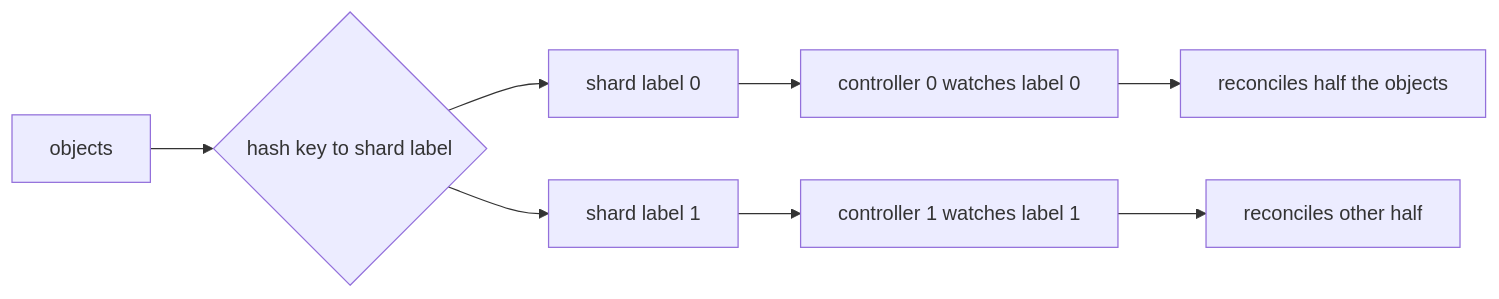
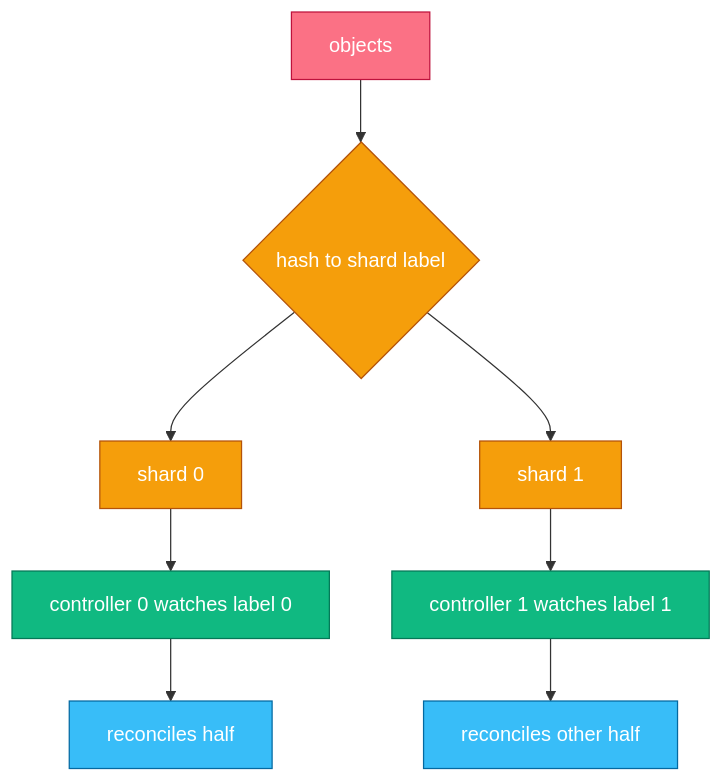
Before and after one commit to sanketsudake/k8s-worksheet: the first of 4 diagrams in chapters/ch10.md, drawn with Mermaid. The commit also changed other lines of this file, not shown here.

Commit message:
ch10: bring diagrams within the print-size gate
Shortened labels and message text, applied the semantic palette to
flowcharts, and added autonumber to sequence diagrams. Participants,
nodes and edges are unchanged.

````diff
--- a/chapters/ch10.md
+++ b/chapters/ch10.md
@@ -30,10 +30,20 @@
 ```mermaid
-flowchart LR
-  O[objects] --> H{hash key to shard label}
-  H --> S0[shard label 0]
-  H --> S1[shard label 1]
+flowchart TD
+  O[objects] --> H{hash to shard label}
+  H --> S0[shard 0]
+  H --> S1[shard 1]
   S0 --> C0[controller 0 watches label 0]
   S1 --> C1[controller 1 watches label 1]
-  C0 --> R0[reconciles half the objects]
+  C0 --> R0[reconciles half]
   C1 --> R1[reconciles other half]
+
+  classDef resource fill:#fb7185,stroke:#be123c,color:#fff
+  classDef process fill:#38bdf8,stroke:#0369a1,color:#fff
+  classDef lease fill:#f59e0b,stroke:#b45309,color:#fff
+  classDef leader fill:#10b981,stroke:#047857,color:#fff
+  class O resource
+  class H lease
+  class S0,S1 lease
+  class C0,C1 leader
+  class R0,R1 process
 ```
````
